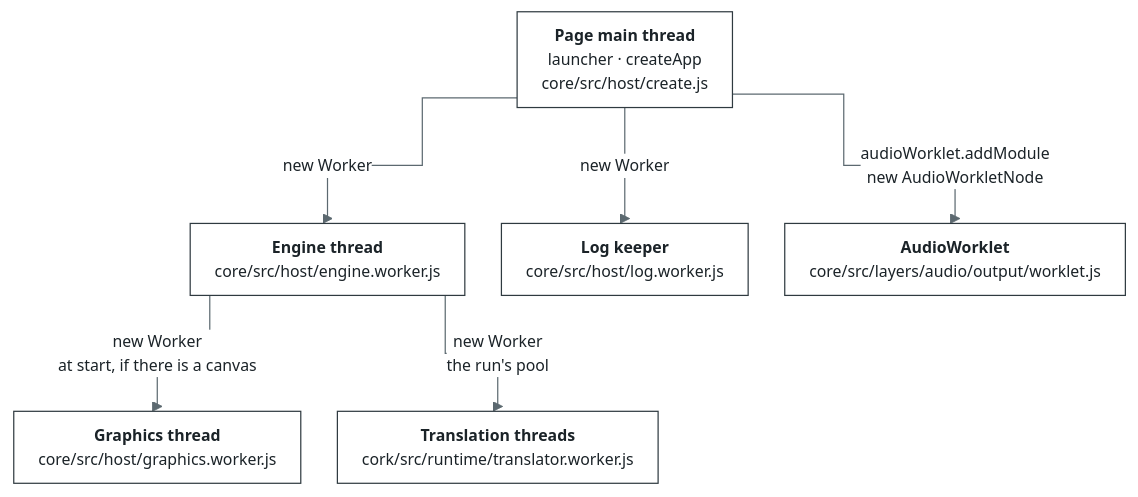
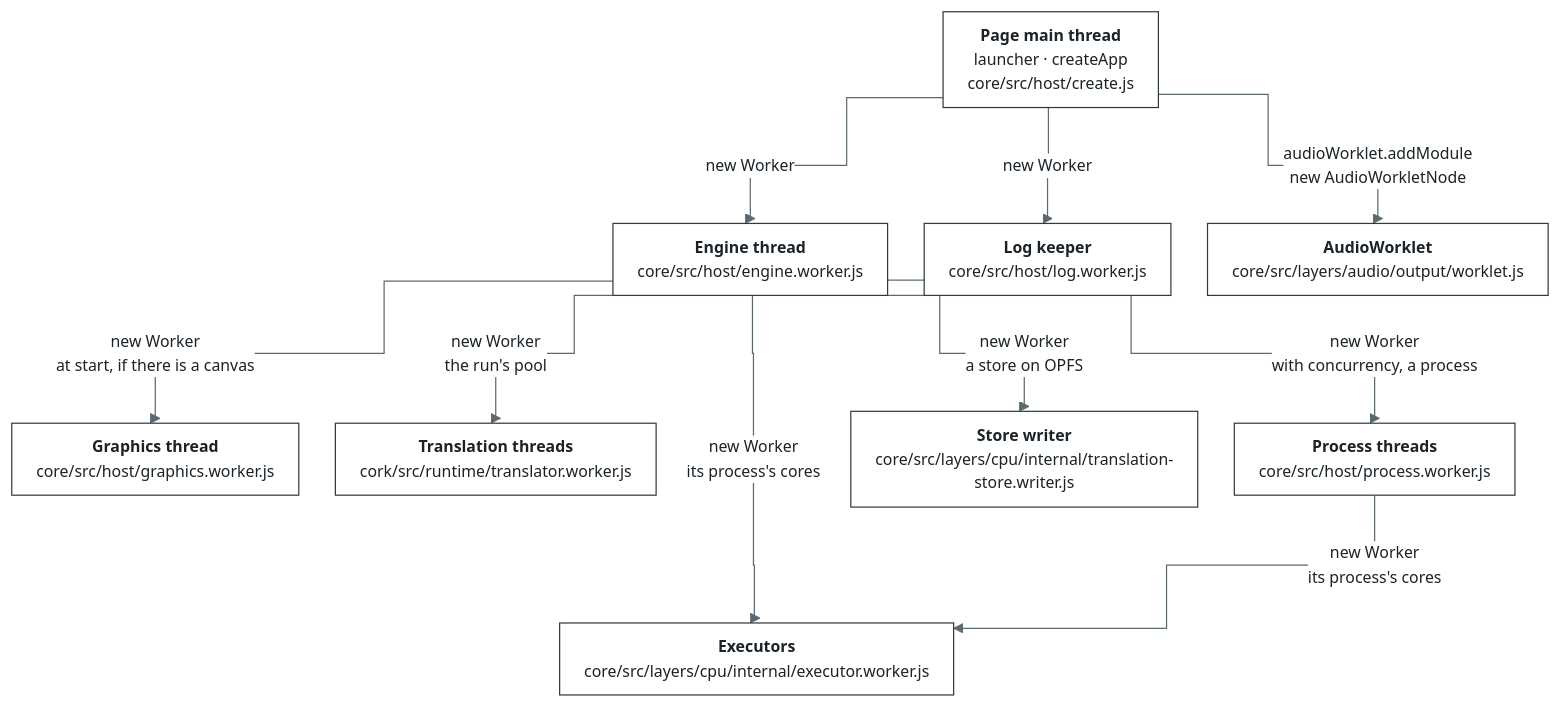
One commit to bottlify/bottlify changed the first of 10 diagrams in docs/architecture.md. Above: the diagram before and after it, drawn with Mermaid. The commit also changed other lines of this file and 5 other files, not shown here.

````diff
--- a/docs/architecture.md
+++ b/docs/architecture.md
@@ -133,15 +138,22 @@
 ```mermaid
 %%{init: {"theme": "base", "flowchart": {"curve": "step", "nodeSpacing": 30, "rankSpacing": 56, "padding": 10}, "themeVariables": {"fontFamily": "Inter, Segoe UI, Helvetica, Arial, sans-serif", "fontSize": "13px", "primaryColor": "#FFFFFF", "primaryBorderColor": "#2F3A40", "primaryTextColor": "#1B2328", "lineColor": "#5C6970", "clusterBkg": "#F3F5F6", "clusterBorder": "#9AA6AC", "edgeLabelBackground": "#FFFFFF"}}}%%
 flowchart TB
   P["<b>Page main thread</b><br/>launcher · createApp<br/>core/src/host/create.js"]
   E["<b>Engine thread</b><br/>core/src/host/engine.worker.js"]
   K["<b>Log keeper</b><br/>core/src/host/log.worker.js"]
   A["<b>AudioWorklet</b><br/>core/src/layers/audio/output/worklet.js"]
   G["<b>Graphics thread</b><br/>core/src/host/graphics.worker.js"]
   T["<b>Translation threads</b><br/>cork/src/runtime/translator.worker.js"]
+  R["<b>Process threads</b><br/>core/src/host/process.worker.js"]
+  X["<b>Executors</b><br/>core/src/layers/cpu/internal/executor.worker.js"]
+  W["<b>Store writer</b><br/>core/src/layers/cpu/internal/translation-store.writer.js"]
   P -->|"new Worker"| E
   P -->|"new Worker"| K
   P -->|"audioWorklet.addModule<br/>new AudioWorkletNode"| A
   E -->|"new Worker<br/>at start, if there is a canvas"| G
   E -->|"new Worker<br/>the run's pool"| T
+  E -->|"new Worker<br/>with concurrency, a process"| R
+  E -->|"new Worker<br/>a store on OPFS"| W
+  E -->|"new Worker<br/>its process's cores"| X
+  R -->|"new Worker<br/>its process's cores"| X
 ```
````
